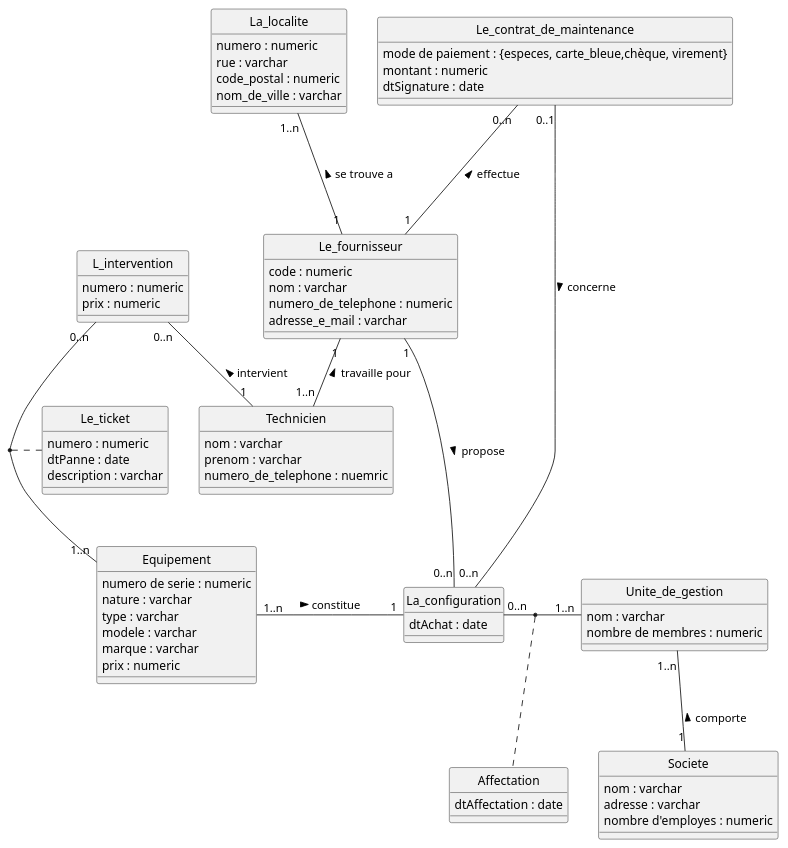
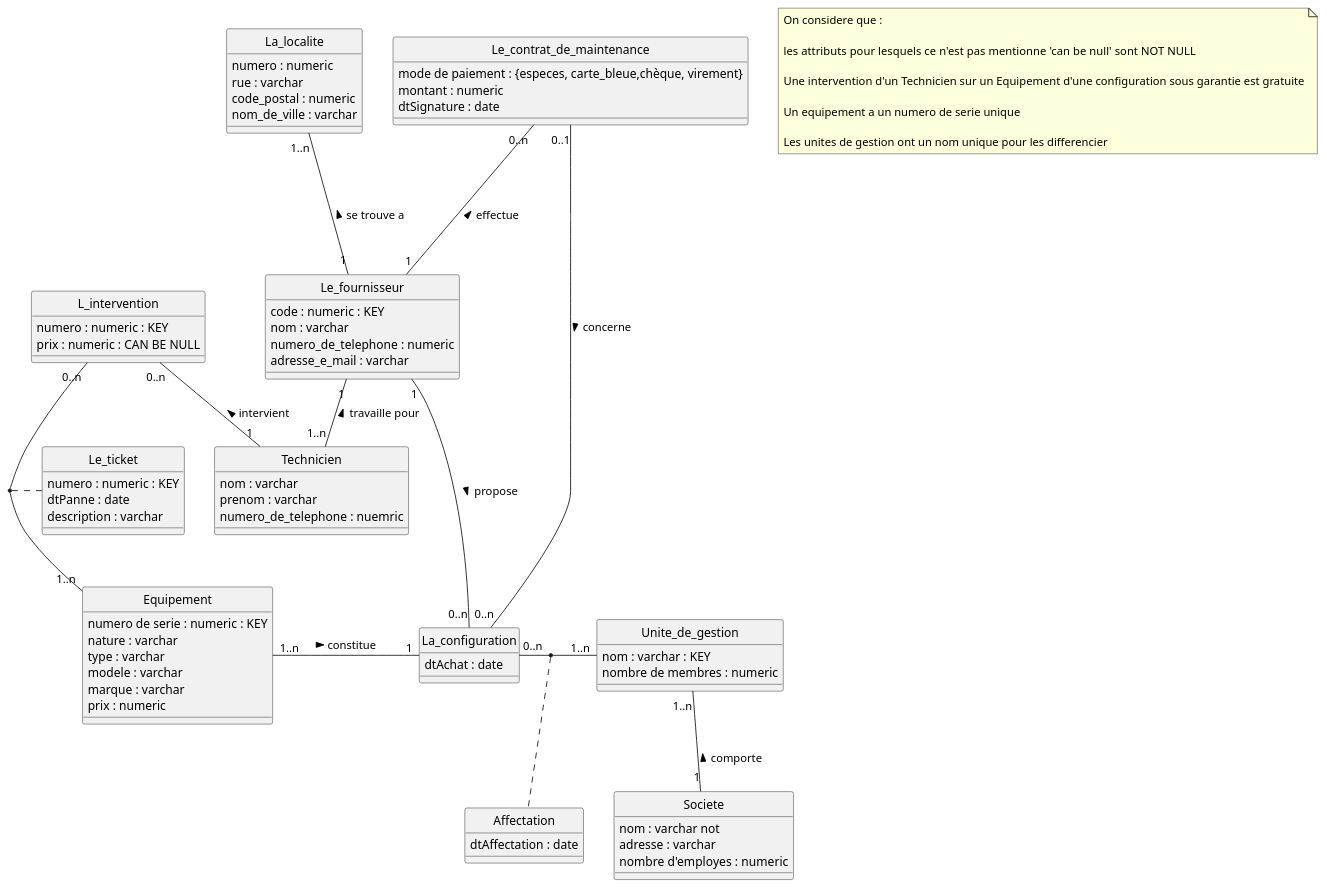
One commit to pltheoclement/nf18 changed the diagram in Parc informatique.plantuml. Above: the diagram before and after it, drawn with PlantUML. The commit also changed other lines of this file, not shown here.

Commit message:
Update Parc informatique.plantuml

```diff
--- a/Parc informatique.plantuml
+++ b/Parc informatique.plantuml
@@ -1,87 +1,99 @@
 @startuml
 hide circle
 
 class Equipement {
-  numero de serie : numeric
+  numero de serie : numeric : KEY
   nature : varchar
   type : varchar
   modele : varchar
   marque : varchar
   prix : numeric
 }
 
 class Le_ticket {
-  numero : numeric
+  numero : numeric : KEY
   dtPanne : date
   description : varchar
 }
 
 
 class L_intervention {
-  numero : numeric
-  prix : numeric
+  numero : numeric : KEY
+  prix : numeric : CAN BE NULL
 }
 
 class Technicien {
   nom : varchar
   prenom : varchar
   numero_de_telephone : nuemric
 }
 
 class La_configuration {
   dtAchat : date
 }
 
 
 class Le_fournisseur {
-  code : numeric
+  code : numeric : KEY
   nom : varchar
   numero_de_telephone : numeric
   adresse_e_mail : varchar
 }
 
 class La_localite {
   numero : numeric
   rue : varchar
   code_postal : numeric
   nom_de_ville : varchar
 }
 
 
 class Le_contrat_de_maintenance {
   mode de paiement : {especes, carte_bleue,chèque, virement}
   montant : numeric
   dtSignature : date
 }
 
 
 class Unite_de_gestion {
- nom : varchar
+ nom : varchar : KEY
  nombre de membres : numeric
 }
 
 class Societe {
-  nom : varchar
+  nom : varchar not
   adresse : varchar
   nombre d'employes : numeric
 }
 
 class Affectation {
   dtAffectation : date
 }
 
 Le_fournisseur "1" -- "1..n" Technicien : travaille pour <
 L_intervention "0..n" -- "1" Technicien : intervient <
 La_configuration "0..n" - "1..n" Unite_de_gestion
 (La_configuration,Unite_de_gestion) . Affectation
 L_intervention "0..n" -- "1..n" Equipement
 Le_contrat_de_maintenance "0..1" -- "0..n" La_configuration : concerne >
 Le_fournisseur "1" --- "0..n" La_configuration : propose >
 Equipement "1..n" - "1" La_configuration : constitue >
 La_localite "1..n" --- "1" Le_fournisseur : se trouve a <
 (Equipement,L_intervention) . Le_ticket
 Le_contrat_de_maintenance "0..n" --- "1" Le_fournisseur  : effectue <
 Unite_de_gestion "1..n" -- "1" Societe : comporte <
 
 
+note as n1
+  On considere que :
+
+  les attributs pour lesquels ce n'est pas mentionne 'can be null' sont  NOT NULL
+
+  Une intervention d'un Technicien sur un Equipement d'une configuration sous garantie est gratuite
+
+  Un equipement a un numero de serie unique
+
+  Les unites de gestion ont un nom unique pour les differencier
+ end note
+
 @enduml
```
